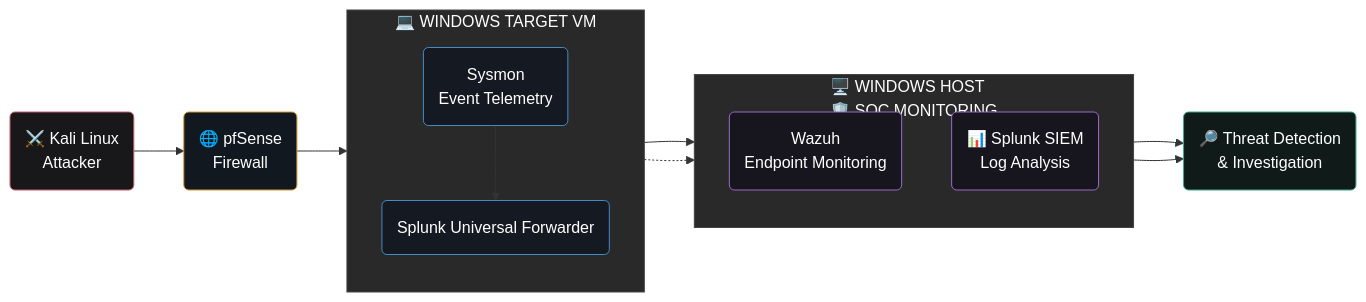
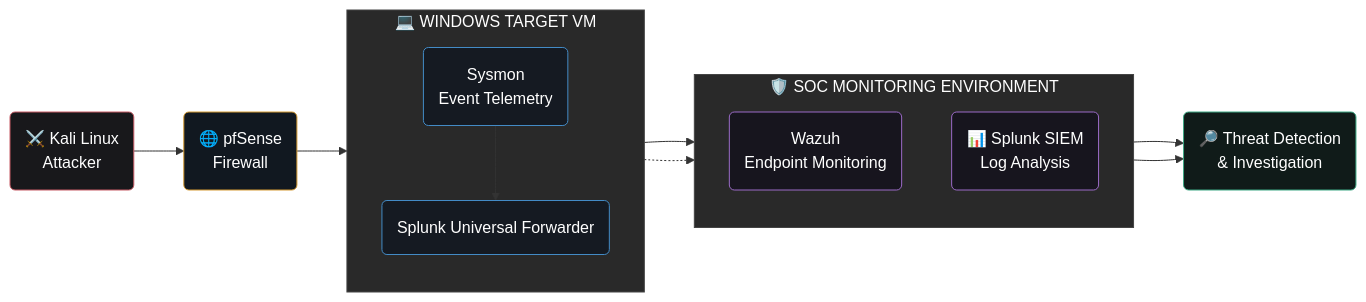
One commit to KAKishore/KAKishore changed the diagram in README.md. Above: the diagram before and after it, drawn with Mermaid.

Commit message:
Correct SOC Monitoring Architecture Label

````diff
--- a/README.md
+++ b/README.md
@@ -129,42 +129,42 @@
 ```mermaid
 flowchart LR
     K("⚔️ Kali Linux<br/>Attacker")
     P("🌐 pfSense<br/>Firewall")
 
     subgraph WIN["💻 WINDOWS TARGET VM"]
         direction TB
         S("Sysmon<br/>Event Telemetry")
         U("Splunk Universal Forwarder")
         S --> U
     end
 
-    subgraph SOC["🖥️ WINDOWS HOST<br/>🛡️ SOC MONITORING"]
+    subgraph SOC["🛡️ SOC MONITORING ENVIRONMENT"]
         direction TB
         Z("Wazuh<br/>Endpoint Monitoring")
         SI("📊 Splunk SIEM<br/>Log Analysis")
     end
 
     I("🔎 Threat Detection<br/>& Investigation")
 
     K --> P
     P --> S
     U --> SI
     S -.-> Z
     SI --> I
     Z --> I
 
     classDef attacker fill:#18181B,stroke:#C65B65,color:#FFFFFF,stroke-width:1px
     classDef firewall fill:#111820,stroke:#D59A32,color:#FFFFFF,stroke-width:1px
     classDef endpoint fill:#151A22,stroke:#438BC6,color:#FFFFFF,stroke-width:1px
     classDef monitoring fill:#17151E,stroke:#9B6BC7,color:#FFFFFF,stroke-width:1px
     classDef investigation fill:#101B19,stroke:#3CA783,color:#FFFFFF,stroke-width:1px
 
     class K attacker
     class P firewall
     class S,U endpoint
     class SI,Z monitoring
     class I investigation
 
     style WIN fill:#292929,stroke:#444444,color:#FFFFFF
     style SOC fill:#292929,stroke:#444444,color:#FFFFFF
 ```
````
